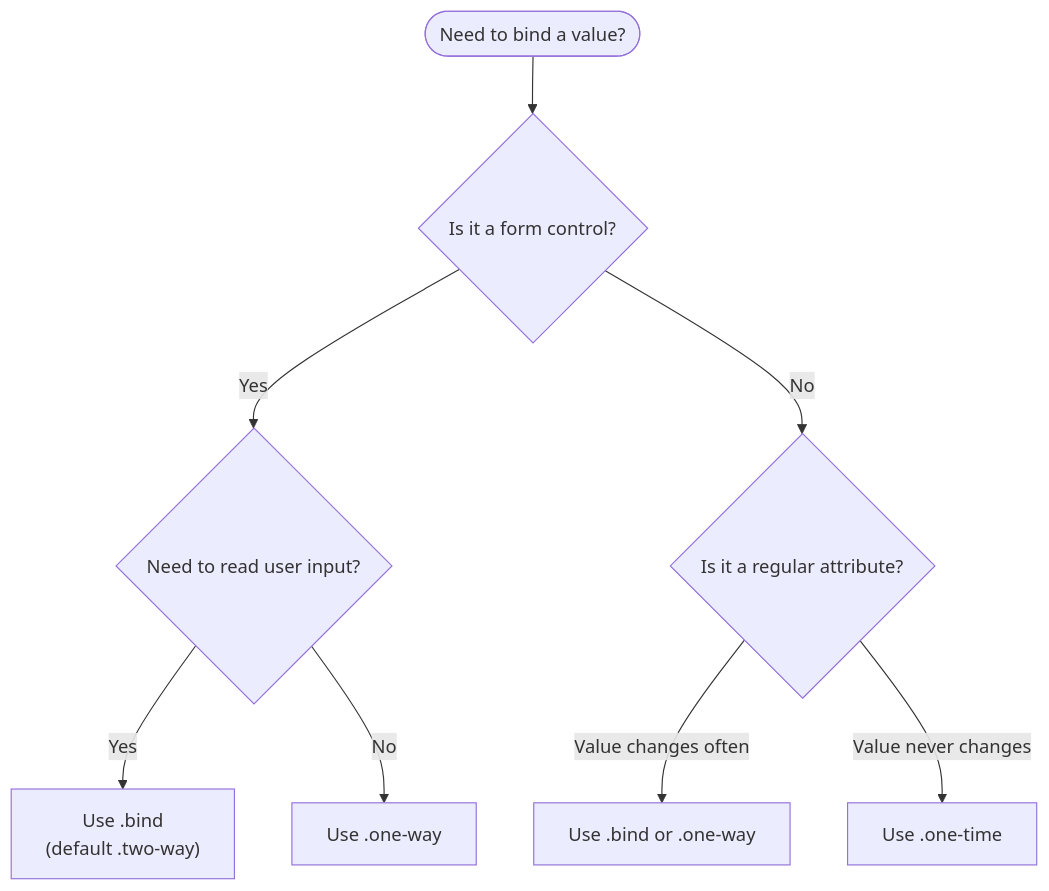
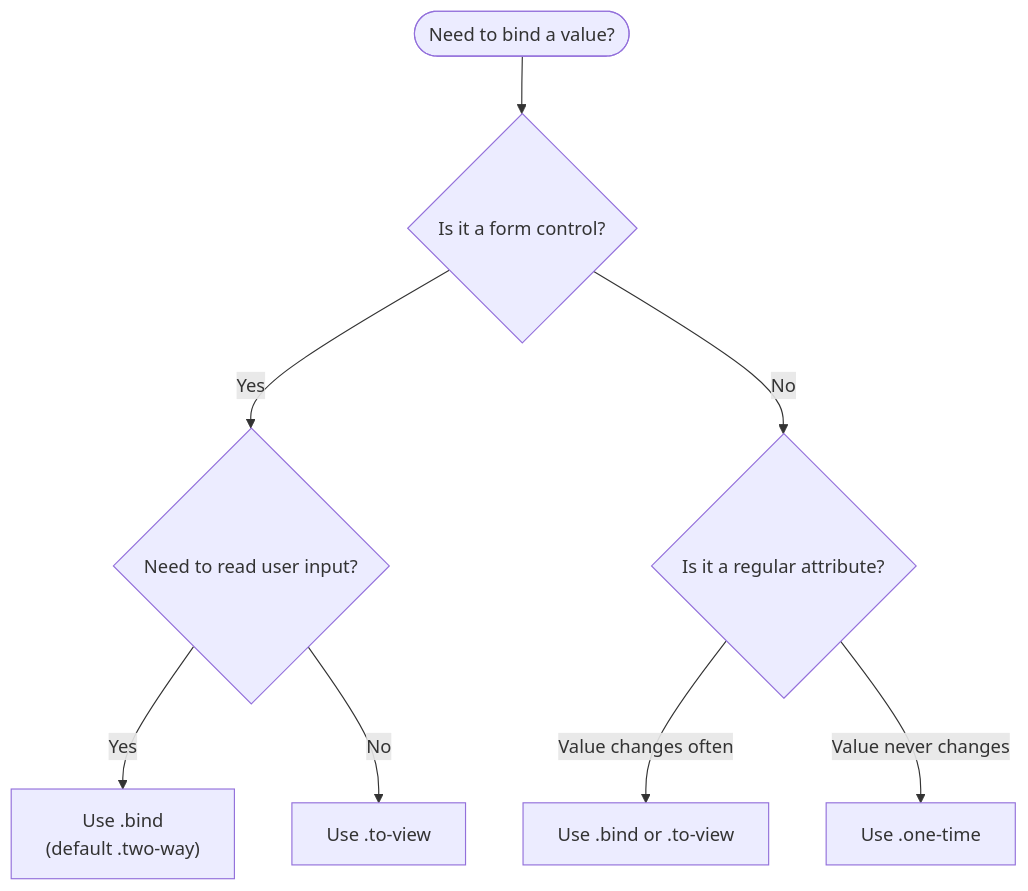
The fourth of 18 diagrams in docs/user-docs/templates/DIAGRAMS.md (aurelia/aurelia), drawn with Mermaid before and after one commit. The commit also changed other lines of this file and 178 other files, not shown here.

````diff
--- a/docs/user-docs/templates/DIAGRAMS.md
+++ b/docs/user-docs/templates/DIAGRAMS.md
@@ -46,11 +46,11 @@
 ```mermaid
 flowchart TD
     start([Need to bind a value?])
     start --> input{Is it a form control?}
     input -->|Yes| readInput{Need to read user input?}
     readInput -->|Yes| useTwoWay["Use .bind<br/>(default .two-way)"]
-    readInput -->|No| useOneWayInput["Use .one-way"]
+    readInput -->|No| useOneWayInput["Use .to-view"]
     input -->|No| attr{Is it a regular attribute?}
-    attr -->|Value changes often| dynamicAttr["Use .bind or .one-way"]
+    attr -->|Value changes often| dynamicAttr["Use .bind or .to-view"]
     attr -->|Value never changes| staticAttr["Use .one-time"]
 ```
````
